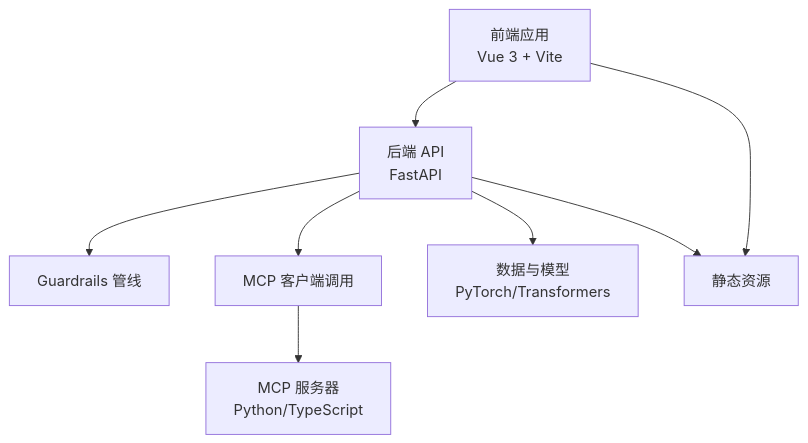
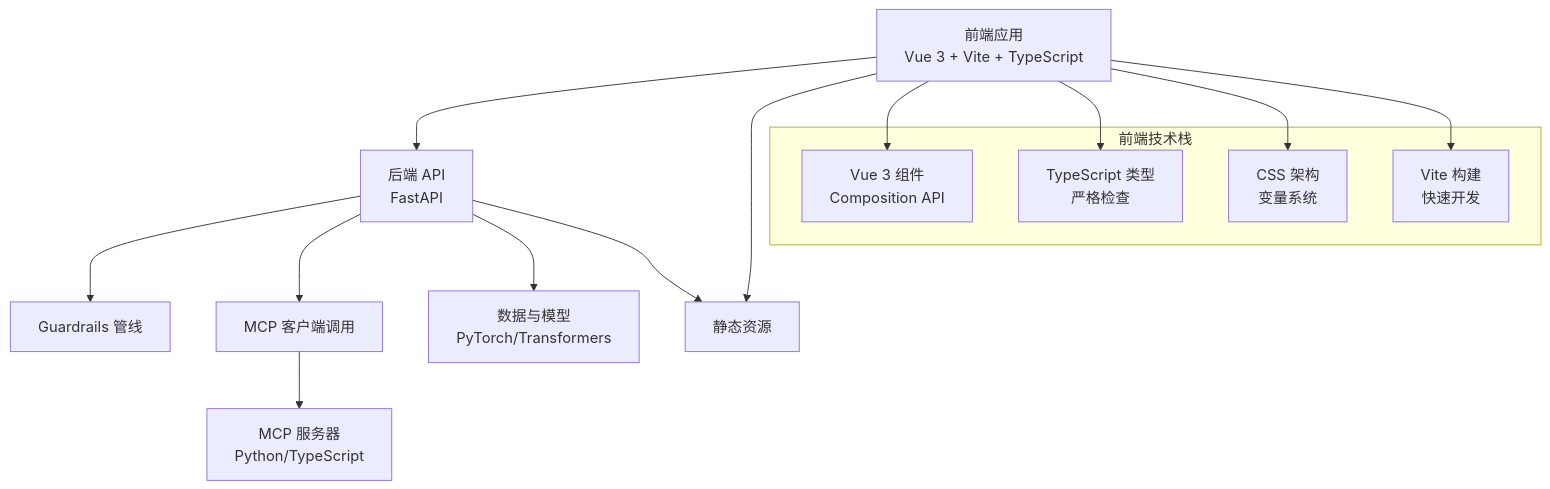
Before and after one commit to king-l6/agent_application_development: the second of 7 diagrams in .qoder/repowiki/zh/content/项目概述/技术栈与工具.md, drawn with Mermaid. The commit also changed other lines of this file and 425 other files, not shown here.

````diff
--- a/.qoder/repowiki/zh/content/项目概述/技术栈与工具.md
+++ b/.qoder/repowiki/zh/content/项目概述/技术栈与工具.md
@@ -109,10 +132,20 @@
 ```mermaid
 graph TB
-FE["前端应用<br/>Vue 3 + Vite"] --> API["后端 API<br/>FastAPI"]
+FE["前端应用<br/>Vue 3 + Vite + TypeScript"] --> API["后端 API<br/>FastAPI"]
 API --> PIPE["Guardrails 管线"]
 API --> MCPCLI["MCP 客户端调用"]
 MCPCLI --> MCPSRV["MCP 服务器<br/>Python/TypeScript"]
 API --> DATA["数据与模型<br/>PyTorch/Transformers"]
 FE --> STATIC["静态资源"]
 API --> STATIC
+subgraph "前端技术栈"
+COMP["Vue 3 组件<br/>Composition API"]
+TYPE["TypeScript 类型<br/>严格检查"]
+STYLE["CSS 架构<br/>变量系统"]
+BUILD["Vite 构建<br/>快速开发"]
+end
+FE --> COMP
+FE --> TYPE
+FE --> STYLE
+FE --> BUILD
 ```
````
